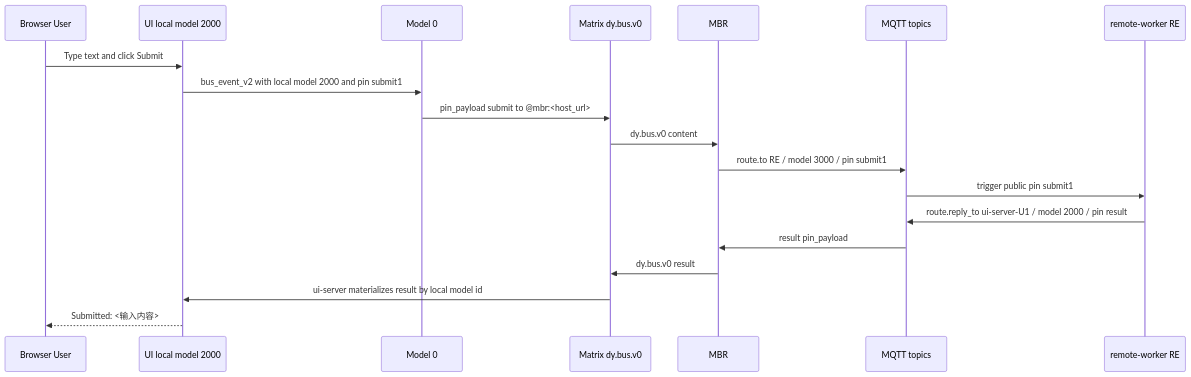
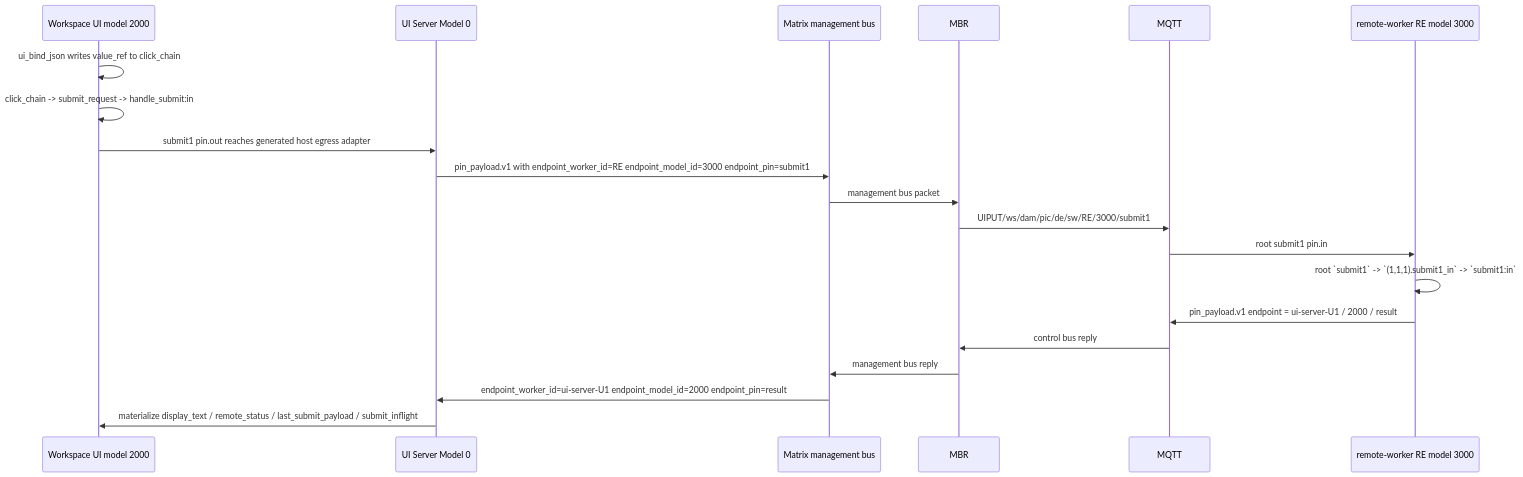
The first of 3 diagrams in docs/user-guide/slide-app-runtime/minimal_submit_app_provider_visualized.md (drooop/dongyu_js_core), drawn with Mermaid before and after one commit. The commit also changed other lines of this file and 16 other files, not shown here.

````diff
--- a/docs/user-guide/slide-app-runtime/minimal_submit_app_provider_visualized.md
+++ b/docs/user-guide/slide-app-runtime/minimal_submit_app_provider_visualized.md
@@ -15,22 +15,22 @@
 ```mermaid
 sequenceDiagram
-  participant User as Browser User
-  participant UI as UI local model 2000
-  participant M0 as Model 0
-  participant Matrix as Matrix dy.bus.v0
+  participant UI as Workspace UI model 2000
+  participant M0 as UI Server Model 0
+  participant MX as Matrix management bus
   participant MBR as MBR
-  participant MQTT as MQTT topics
-  participant R1 as remote-worker RE
-
-  User->>UI: Type text and click Submit
-  UI->>M0: bus_event_v2 with local model 2000 and pin submit1
-  M0->>Matrix: pin_payload submit to @mbr:<host_url>
-  Matrix->>MBR: dy.bus.v0 content
-  MBR->>MQTT: route.to RE / model 3000 / pin submit1
-  MQTT->>R1: trigger public pin submit1
-  R1->>MQTT: route.reply_to ui-server-U1 / model 2000 / pin result
-  MQTT->>MBR: result pin_payload
-  MBR->>Matrix: dy.bus.v0 result
-  Matrix->>UI: ui-server materializes result by local model id
-  UI-->>User: Submitted: <输入内容>
+  participant MQTT as MQTT
+  participant RE as remote-worker RE model 3000
+  UI->>UI: ui_bind_json writes value_ref to click_chain
+  UI->>UI: click_chain -> submit_request -> handle_submit:in
+  UI->>M0: submit1 pin.out reaches generated host egress adapter
+  M0->>MX: pin_payload.v1 with endpoint_worker_id=RE endpoint_model_id=3000 endpoint_pin=submit1
+  MX->>MBR: management bus packet
+  MBR->>MQTT: UIPUT/ws/dam/pic/de/sw/RE/3000/submit1
+  MQTT->>RE: root submit1 pin.in
+  RE->>RE: root `submit1` -> `(1,1,1).submit1_in` -> `submit1:in`
+  RE->>MQTT: pin_payload.v1 endpoint = ui-server-U1 / 2000 / result
+  MQTT->>MBR: control bus reply
+  MBR->>MX: management bus reply
+  MX->>M0: endpoint_worker_id=ui-server-U1 endpoint_model_id=2000 endpoint_pin=result
+  M0->>UI: materialize display_text / remote_status / last_submit_payload / submit_inflight
 ```
````
